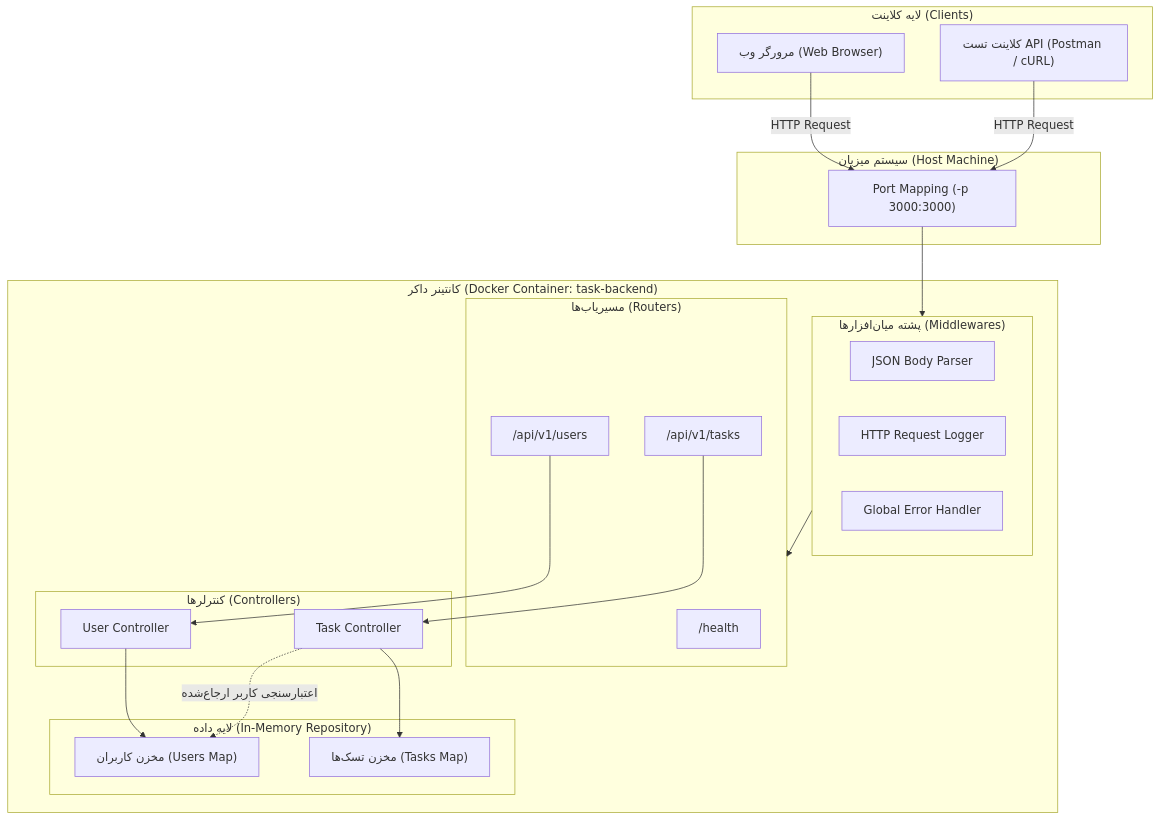
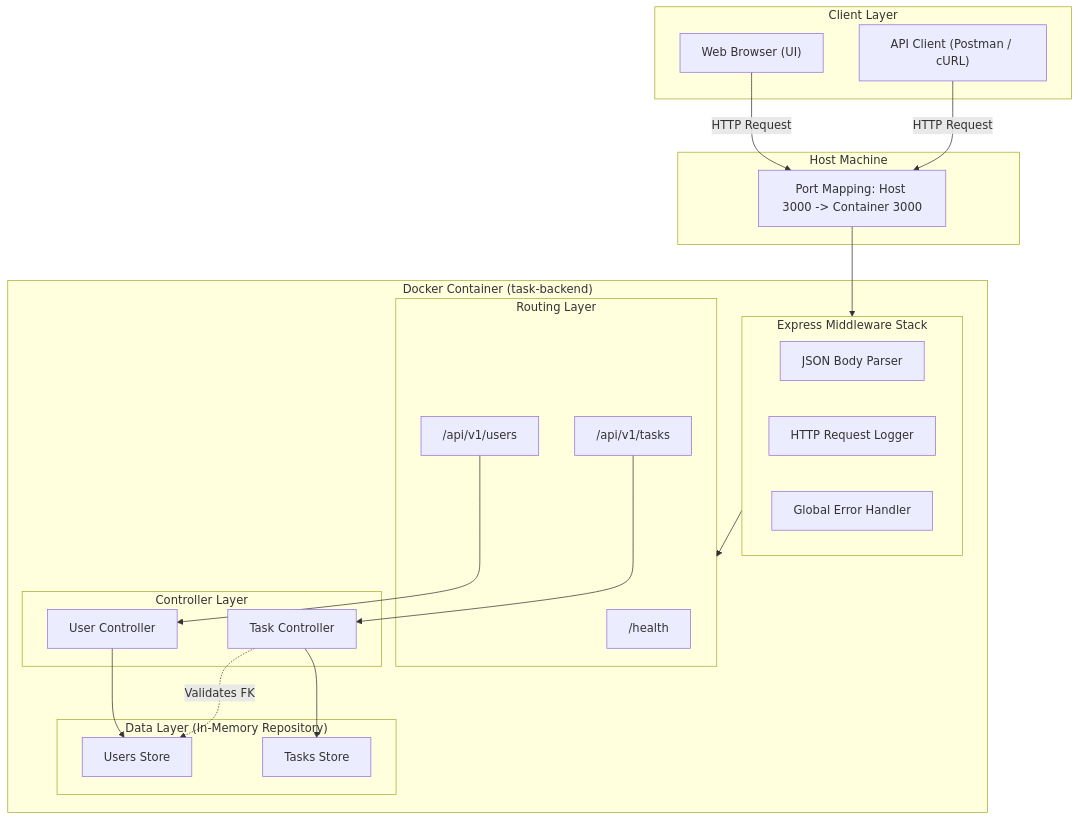
Before and after one commit to a-rasouly/uni: the diagram in README.md, drawn with Mermaid. The commit also changed other lines of this file and 1 other file, not shown here.

````diff
--- a/README.md
+++ b/README.md
@@ -66,45 +78,45 @@
 ```mermaid
 flowchart TD
-    subgraph Client["لایه کلاینت (Clients)"]
-        Browser["مرورگر وب (Web Browser)"]
-        Postman["کلاینت تست API (Postman / cURL)"]
+    subgraph Client["Client Layer"]
+        Browser["Web Browser (UI)"]
+        Postman["API Client (Postman / cURL)"]
     end
 
-    subgraph Host["سیستم میزبان (Host Machine)"]
-        PortMap["Port Mapping (-p 3000:3000)"]
+    subgraph Host["Host Machine"]
+        PortMap["Port Mapping: Host 3000 -> Container 3000"]
     end
 
-    subgraph Container["کانتینر داکر (Docker Container: task-backend)"]
-        subgraph Middlewares["پشته میان‌افزارها (Middlewares)"]
+    subgraph Container["Docker Container (task-backend)"]
+        subgraph Middlewares["Express Middleware Stack"]
             JSONParser["JSON Body Parser"]
             Logger["HTTP Request Logger"]
             ErrHandler["Global Error Handler"]
         end
 
-        subgraph Routes["مسیریاب‌ها (Routers)"]
+        subgraph Routes["Routing Layer"]
             HealthR["/health"]
             UsersR["/api/v1/users"]
             TasksR["/api/v1/tasks"]
         end
 
-        subgraph Controllers["کنترلرها (Controllers)"]
+        subgraph Controllers["Controller Layer"]
             UserCtrl["User Controller"]
             TaskCtrl["Task Controller"]
         end
 
-        subgraph Store["لایه داده (In-Memory Repository)"]
-            UserDB["مخزن کاربران (Users Map)"]
-            TaskDB["مخزن تسک‌ها (Tasks Map)"]
+        subgraph Store["Data Layer (In-Memory Repository)"]
+            UserDB["Users Store"]
+            TaskDB["Tasks Store"]
         end
     end
 
     Browser -->|HTTP Request| PortMap
     Postman -->|HTTP Request| PortMap
     PortMap --> Middlewares
     Middlewares --> Routes
     UsersR --> UserCtrl
     TasksR --> TaskCtrl
     UserCtrl --> UserDB
     TaskCtrl --> TaskDB
-    TaskCtrl -.->|اعتبارسنجی کاربر ارجاع‌شده| UserDB
+    TaskCtrl -.->|Validates FK| UserDB
 ```
````
